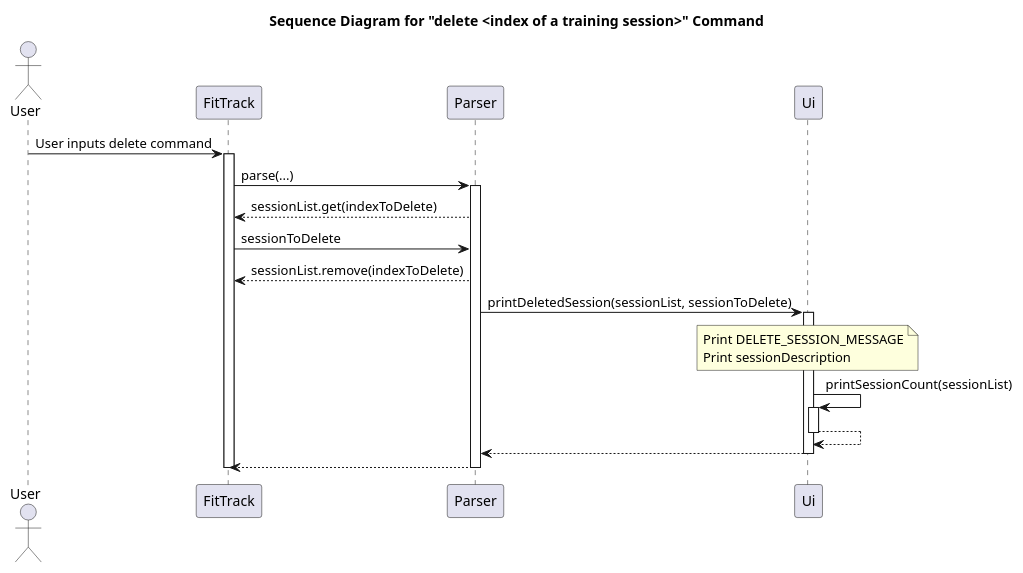
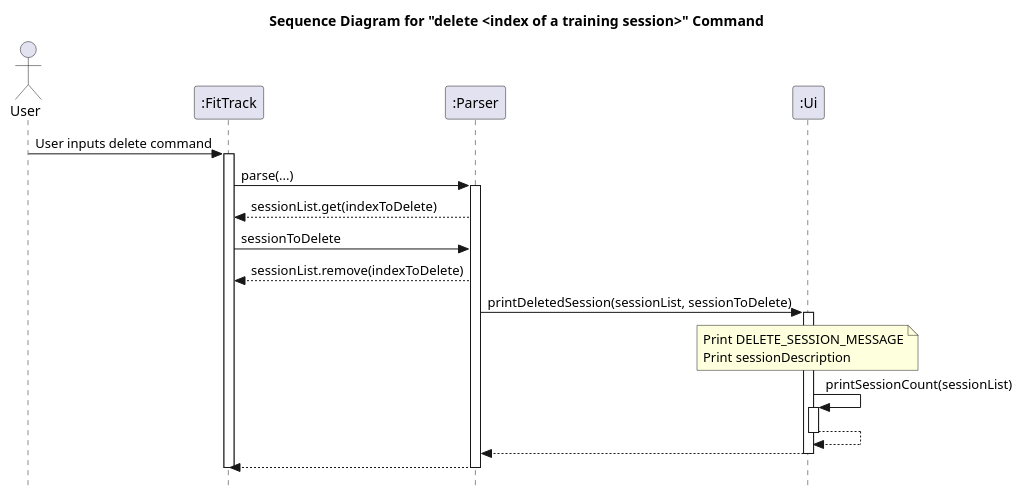
Before and after one commit to nus-cs2113-AY2425S1/tp: the diagram in docs/Diagrams/Sequence_DeleteTrainingSession.puml, drawn with PlantUML. The commit also changed 13 other files, not shown here.

Commit message:
Updated sequence diagrams

```diff
--- a/docs/Diagrams/Sequence_DeleteTrainingSession.puml
+++ b/docs/Diagrams/Sequence_DeleteTrainingSession.puml
@@ -1,37 +1,38 @@
 @startuml
 title Sequence Diagram for "delete <index of a training session>" Command
 
 actor User
-participant FitTrack
-participant Parser
-participant Ui
+participant ":FitTrack"
+participant ":Parser"
+participant ":Ui"
+skinparam style strictuml
 
-User -> FitTrack: User inputs delete command
-activate FitTrack
-FitTrack -> Parser: parse(...)
-activate Parser
+User -> ":FitTrack": User inputs delete command
+activate ":FitTrack"
+":FitTrack" -> ":Parser": parse(...)
+activate ":Parser"
 
-Parser --> FitTrack: sessionList.get(indexToDelete)
+":Parser" --> ":FitTrack": sessionList.get(indexToDelete)
 
-FitTrack -> Parser: sessionToDelete
+":FitTrack" -> ":Parser": sessionToDelete
 
-Parser --> FitTrack: sessionList.remove(indexToDelete)
+":Parser" --> ":FitTrack": sessionList.remove(indexToDelete)
 
-Parser -> Ui: printDeletedSession(sessionList, sessionToDelete)
-activate Ui
+":Parser" -> ":Ui": printDeletedSession(sessionList, sessionToDelete)
+activate ":Ui"
 
-note over Ui
+note over ":Ui"
     Print DELETE_SESSION_MESSAGE
     Print sessionDescription
 end note
-Ui -> Ui: printSessionCount(sessionList)
-activate Ui
-Ui --> Ui
-deactivate Ui
-Ui --> Parser
-deactivate Ui
-Parser --> FitTrack
-deactivate Parser
-deactivate FitTrack
+":Ui" -> ":Ui": printSessionCount(sessionList)
+activate ":Ui"
+":Ui" --> ":Ui"
+deactivate ":Ui"
+":Ui" --> ":Parser"
+deactivate ":Ui"
+":Parser" --> ":FitTrack"
+deactivate ":Parser"
+deactivate ":FitTrack"
 
 @enduml
```
